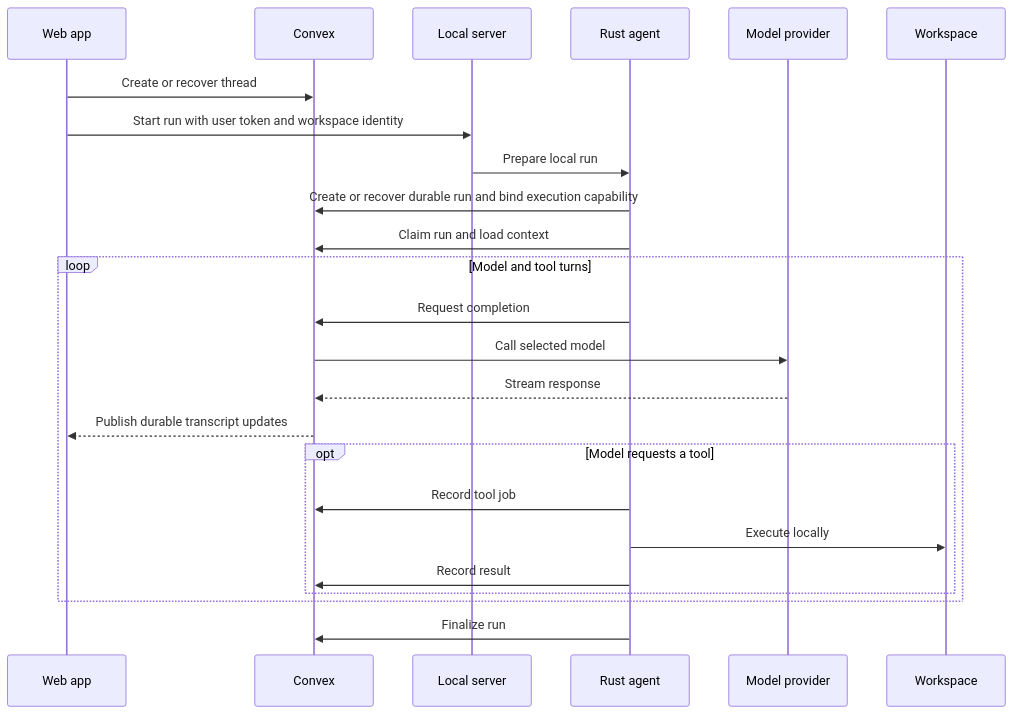
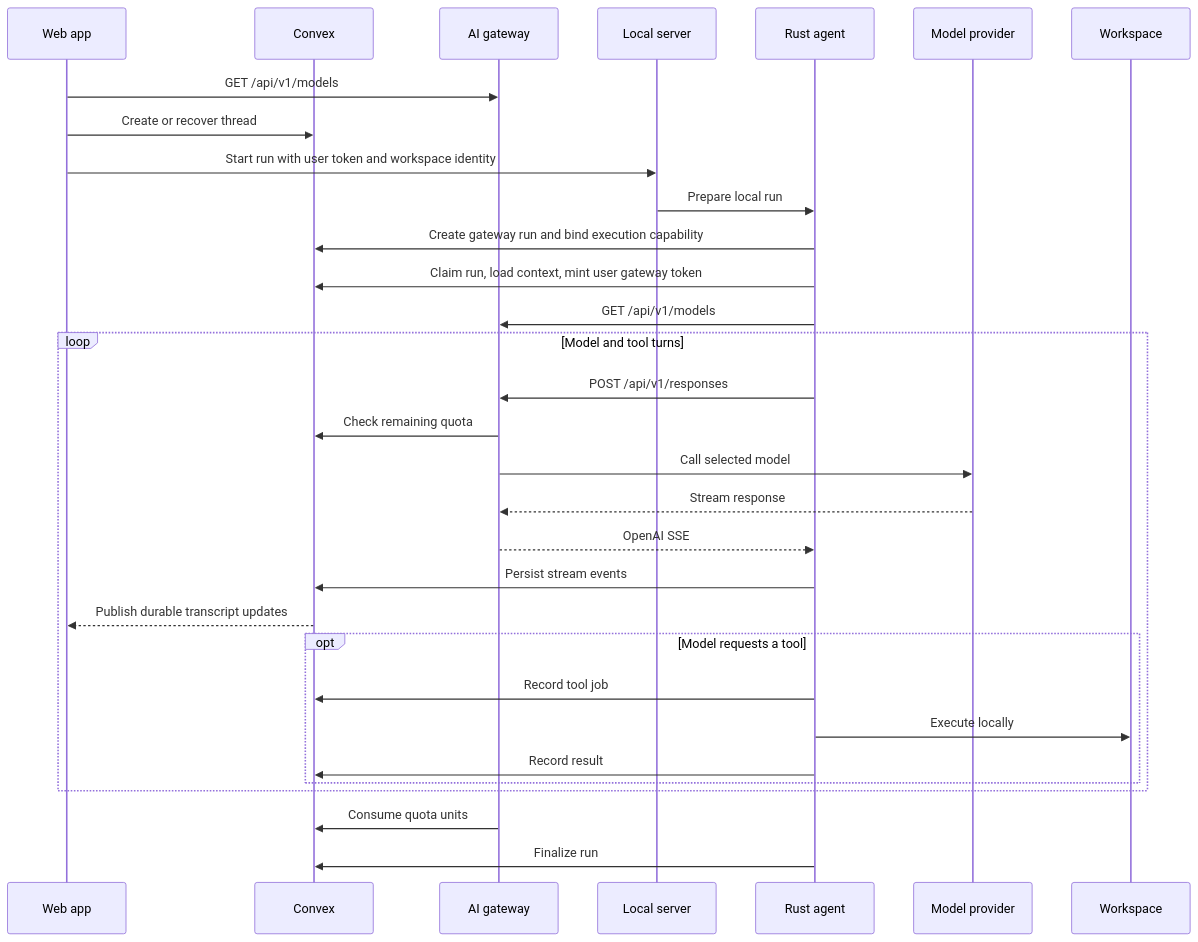
One commit to spikonado/sprocket changed the second of 2 diagrams in ARCHITECTURE.md. Above: the diagram before and after it, drawn with Mermaid. The commit also changed other lines of this file and 147 other files, not shown here.

````diff
--- a/ARCHITECTURE.md
+++ b/ARCHITECTURE.md
@@ -115,27 +120,34 @@
 ```mermaid
 sequenceDiagram
     participant UI as Web app
     participant C as Convex
+    participant G as AI gateway
     participant S as Local server
     participant A as Rust agent
     participant M as Model provider
     participant W as Workspace
 
+    UI->>G: GET /api/v1/models
     UI->>C: Create or recover thread
     UI->>S: Start run with user token and workspace identity
     S->>A: Prepare local run
-    A->>C: Create or recover durable run and bind execution capability
-    A->>C: Claim run and load context
+    A->>C: Create gateway run and bind execution capability
+    A->>C: Claim run, load context, mint user gateway token
+    A->>G: GET /api/v1/models
     loop Model and tool turns
-        A->>C: Request completion
-        C->>M: Call selected model
-        M-->>C: Stream response
+        A->>G: POST /api/v1/responses
+        G->>C: Check remaining quota
+        G->>M: Call selected model
+        M-->>G: Stream response
+        G-->>A: OpenAI SSE
+        A->>C: Persist stream events
         C-->>UI: Publish durable transcript updates
         opt Model requests a tool
             A->>C: Record tool job
             A->>W: Execute locally
             A->>C: Record result
         end
     end
+    G->>C: Consume quota units
     A->>C: Finalize run
 ```
````
